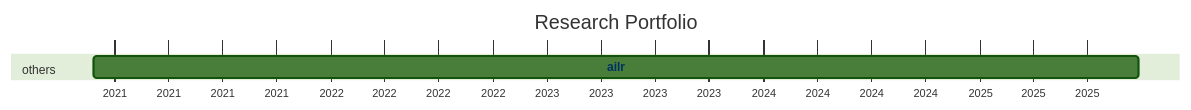
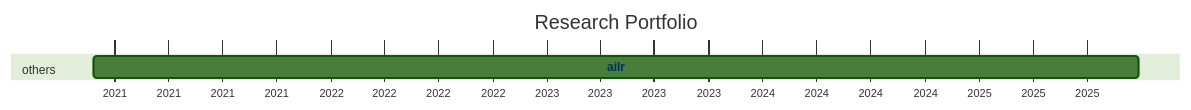
One commit to digital-work-lab/handbook changed the diagram in docs/20-research/25-projects-gantt.md. Above: the diagram before and after it, drawn with Mermaid (forest theme). The commit also changed 2 other files, not shown here.

Commit message:
Update repository overview

````diff
--- a/docs/20-research/25-projects-gantt.md
+++ b/docs/20-research/25-projects-gantt.md
@@ -8,21 +8,21 @@
 ```mermaid
 ---
 displayMode: compact
 ---
 gantt
 title Research Portfolio
 dateFormat YYYY-MM-DD
 axisFormat %Y
 
     section work_practices
 
     section distributed_organizing
 
     section knowledge_synthesis
 
     section others
-        ailr :ailr, 2020-11-26, 2025-09-26
+        ailr :ailr, 2020-11-26, 2025-09-27
 
 
     click ailr href "{{ site.baseurl }}/docs/10-lab/18-resources/ailr.html"
 ```
````
